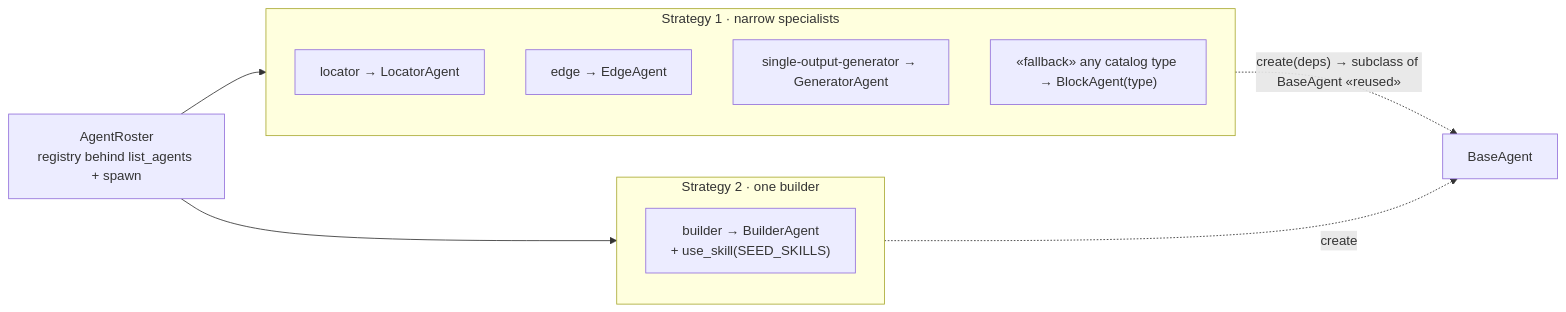
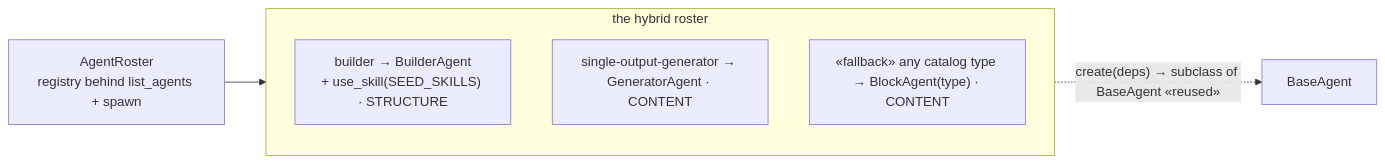
Before and after one commit to lemoncloud-io/eureka-flow: the second of 2 diagrams in docs/browser-agent/design/harness-interfaces.md, drawn with Mermaid. The commit also changed other lines of this file and 55 other files, not shown here.

````diff
--- a/docs/browser-agent/design/harness-interfaces.md
+++ b/docs/browser-agent/design/harness-interfaces.md
@@ -332,17 +326,12 @@
 ```mermaid
 flowchart LR
     RA["AgentRoster<br/>registry behind list_agents + spawn"]
-    subgraph S1["Strategy 1 · narrow specialists"]
+    subgraph HY["the hybrid roster"]
         direction TB
-        L["locator → LocatorAgent"]
-        E["edge → EdgeAgent"]
-        G["single-output-generator → GeneratorAgent"]
-        F["«fallback» any catalog type → BlockAgent(type)"]
+        B["builder → BuilderAgent<br/>+ use_skill(SEED_SKILLS) · STRUCTURE"]
+        G["single-output-generator → GeneratorAgent · CONTENT"]
+        F["«fallback» any catalog type → BlockAgent(type) · CONTENT"]
     end
-    subgraph S2["Strategy 2 · one builder"]
-        B["builder → BuilderAgent<br/>+ use_skill(SEED_SKILLS)"]
-    end
-    RA --> S1 & S2
-    S1 -. "create(deps) → subclass of BaseAgent «reused»" .-> BASE["BaseAgent"]
-    S2 -. create .-> BASE
+    RA --> HY
+    HY -. "create(deps) → subclass of BaseAgent «reused»" .-> BASE["BaseAgent"]
 ```
````
